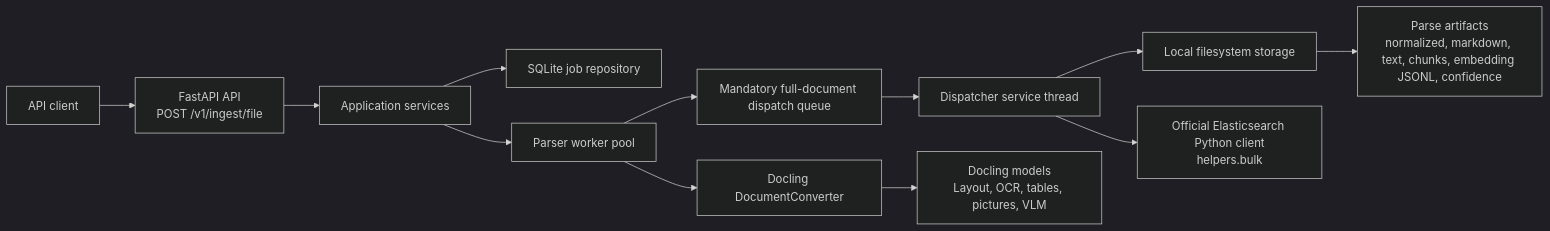
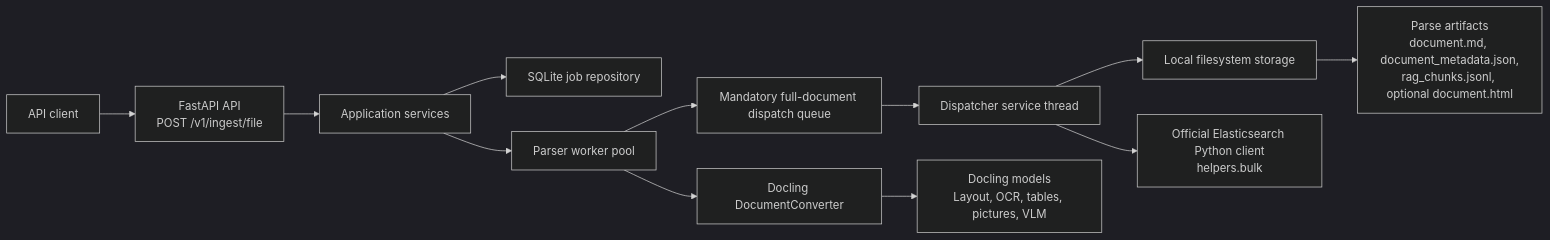
The first of 7 diagrams in docs/architecture-diagram.md (alrolo3/ingest-orquestator-service), drawn with Mermaid (dark theme) before and after one commit. The commit also changed other lines of this file and 78 other files, not shown here.

````diff
--- a/docs/architecture-diagram.md
+++ b/docs/architecture-diagram.md
@@ -7,17 +7,17 @@
 ```mermaid
 flowchart LR
     User["API client"] --> API["FastAPI API<br/>POST /v1/ingest/file"]
 
     API --> App["Application services"]
 
     App --> Jobs["SQLite job repository"]
     App --> ParserWorkers["Parser worker pool"]
     ParserWorkers --> Docling["Docling DocumentConverter"]
     ParserWorkers --> Queue["Mandatory full-document dispatch queue"]
     Queue --> Dispatcher["Dispatcher service thread"]
     Dispatcher --> Storage["Local filesystem storage"]
     Dispatcher --> Elastic["Official Elasticsearch Python client<br/>helpers.bulk"]
 
     Docling --> Models["Docling models<br/>Layout, OCR, tables, pictures, VLM"]
-    Storage --> Outputs["Parse artifacts<br/>normalized, markdown, text, chunks, embedding JSONL, confidence"]
+    Storage --> Outputs["Parse artifacts<br/>document.md, document_metadata.json,<br/>rag_chunks.jsonl, optional document.html"]
 ```
````
